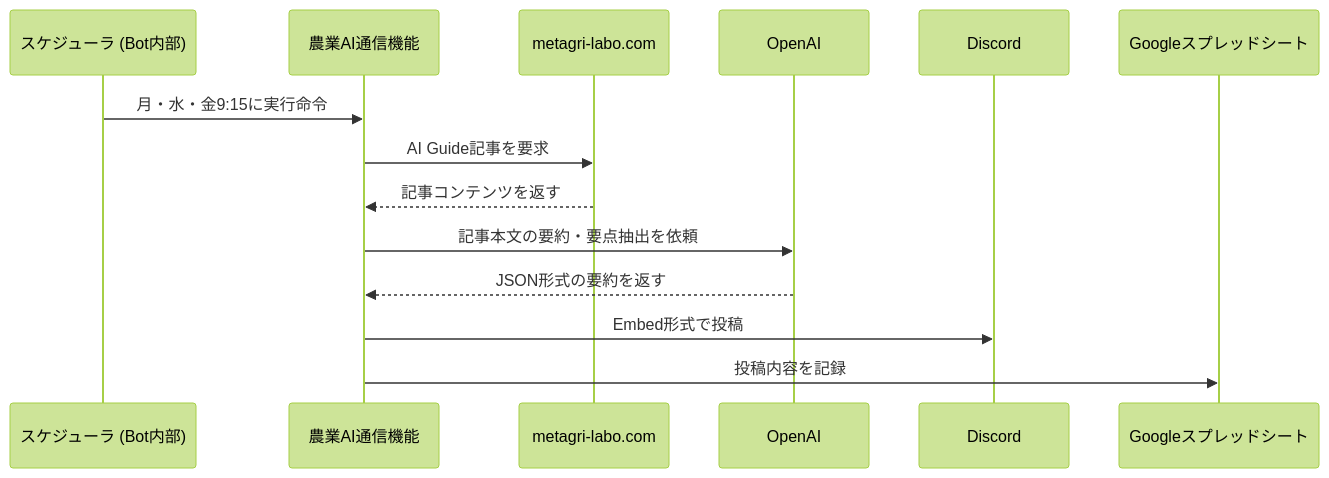
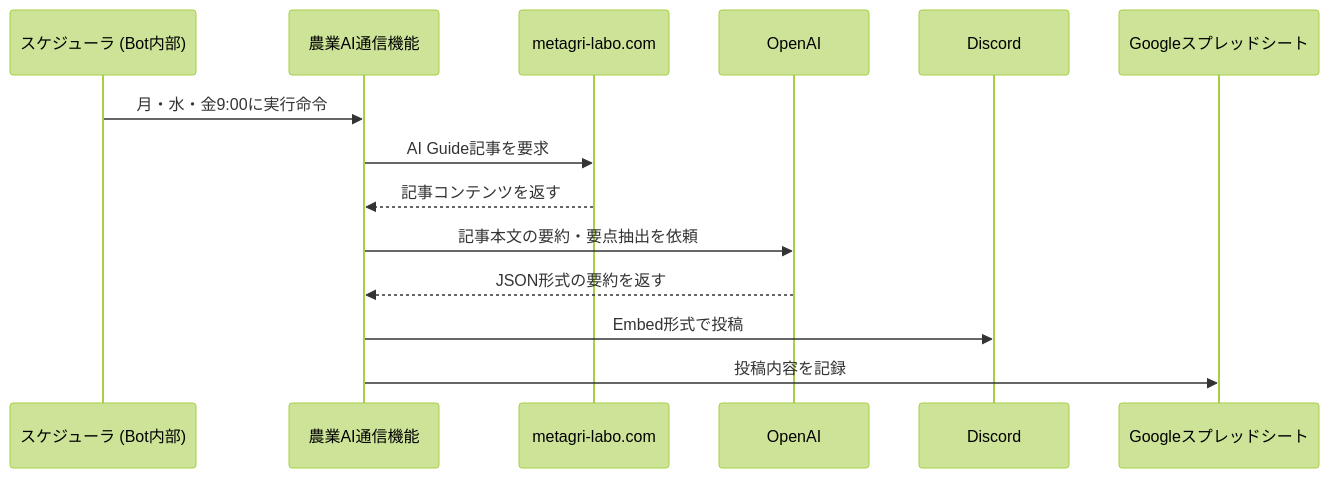
One commit to Metagri-Bot/daily-news-bot changed the sixth of 9 diagrams in README.md. Above: the diagram before and after it, drawn with Mermaid (forest theme). The commit also changed other lines of this file and 2 other files, not shown here.

````diff
--- a/README.md
+++ b/README.md
@@ -187,17 +187,17 @@
 ```mermaid
 sequenceDiagram
     participant Scheduler as スケジューラ (Bot内部)
     participant AIGuideTask as 農業AI通信機能
     participant MetagriSite as metagri-labo.com
     participant OpenAI
     participant Discord
     participant GoogleSheets as Googleスプレッドシート
 
-    Scheduler->>AIGuideTask: 月・水・金9:15に実行命令
+    Scheduler->>AIGuideTask: 月・水・金9:00に実行命令
     AIGuideTask->>MetagriSite: AI Guide記事を要求
     MetagriSite-->>AIGuideTask: 記事コンテンツを返す
     AIGuideTask->>OpenAI: 記事本文の要約・要点抽出を依頼
     OpenAI-->>AIGuideTask: JSON形式の要約を返す
     AIGuideTask->>Discord: Embed形式で投稿
     AIGuideTask->>GoogleSheets: 投稿内容を記録
 ```
````
